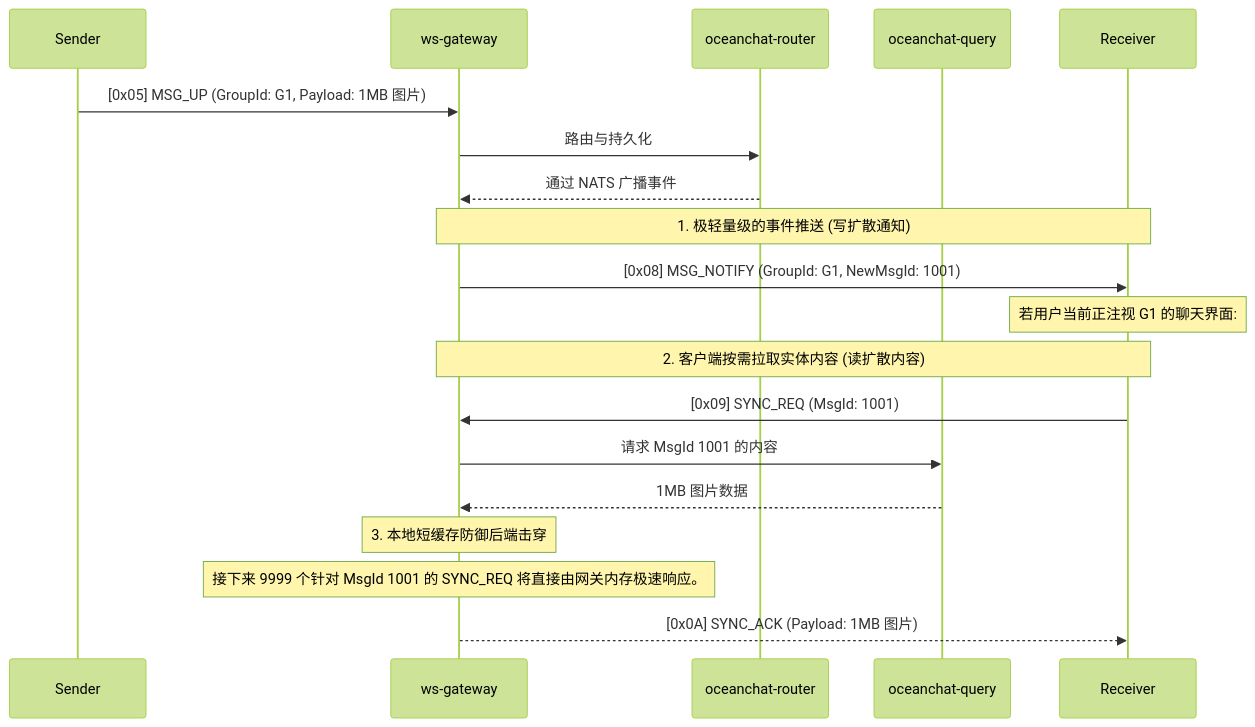
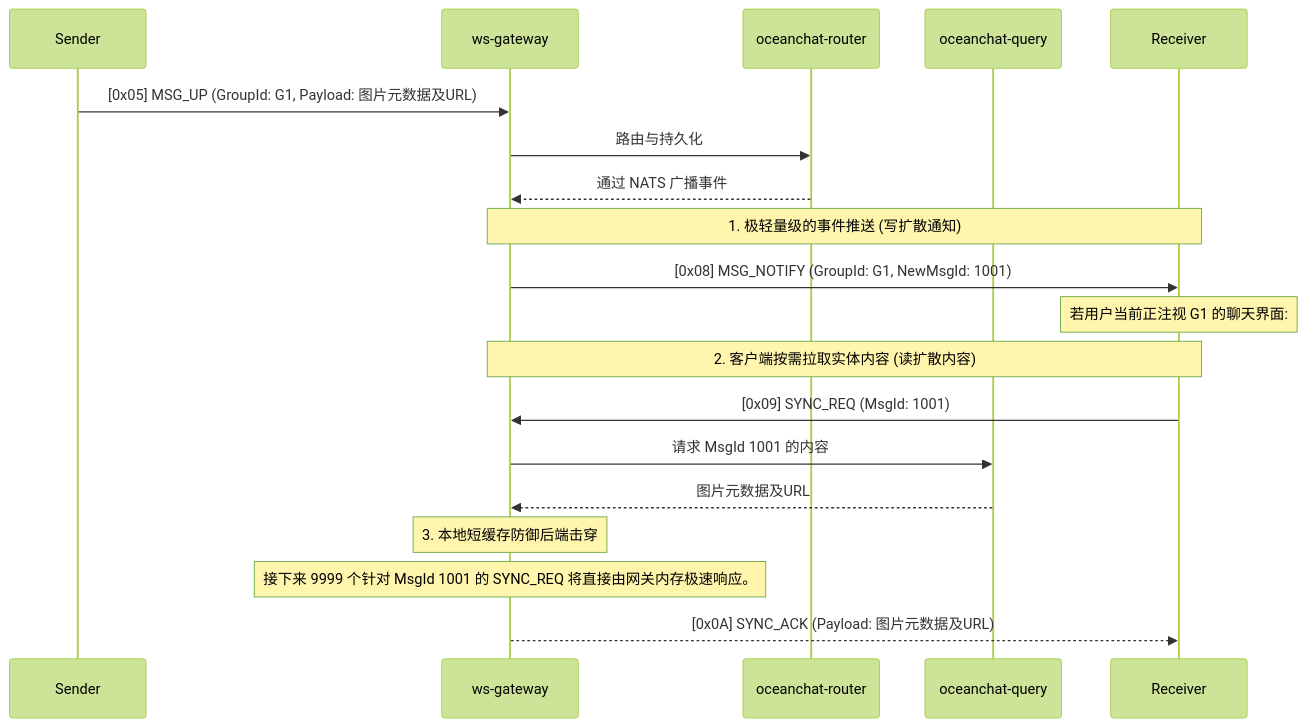
One commit to JamesWilson19970101/ocean.chat.docs changed the third of 5 diagrams in i18n/zh-CN/docusaurus-plugin-content-docs/current/devdocs/monkey-protocol-spec.md. Above: the diagram before and after it, drawn with Mermaid (forest theme). The commit also changed other lines of this file and 1 other file, not shown here.

First line of the commit message:
docs: add rich media architecture to monkey protocol spec

````diff
--- a/i18n/zh-CN/docusaurus-plugin-content-docs/current/devdocs/monkey-protocol-spec.md
+++ b/i18n/zh-CN/docusaurus-plugin-content-docs/current/devdocs/monkey-protocol-spec.md
@@ -163,27 +163,27 @@
 ```mermaid
 sequenceDiagram
     participant Sender
     participant Gateway as ws-gateway
     participant Router as oceanchat-router
     participant Query as oceanchat-query
     participant Receiver
 
-    Sender->>Gateway: [0x05] MSG_UP (GroupId: G1, Payload: 1MB 图片)
+    Sender->>Gateway: [0x05] MSG_UP (GroupId: G1, Payload: 图片元数据及URL)
     Gateway->>Router: 路由与持久化
     Router-->>Gateway: 通过 NATS 广播事件
 
     note over Gateway, Receiver: 1. 极轻量级的事件推送 (写扩散通知)
     Gateway->>Receiver: [0x08] MSG_NOTIFY (GroupId: G1, NewMsgId: 1001)
 
     note over Receiver: 若用户当前正注视 G1 的聊天界面:
     note over Gateway, Receiver: 2. 客户端按需拉取实体内容 (读扩散内容)
     Receiver->>Gateway: [0x09] SYNC_REQ (MsgId: 1001)
 
     Gateway->>Query: 请求 MsgId 1001 的内容
-    Query-->>Gateway: 1MB 图片数据
+    Query-->>Gateway: 图片元数据及URL
 
     note over Gateway: 3. 本地短缓存防御后端击穿
     note over Gateway: 接下来 9999 个针对 MsgId 1001 的 SYNC_REQ 将直接由网关内存极速响应。
 
-    Gateway-->>Receiver: [0x0A] SYNC_ACK (Payload: 1MB 图片)
+    Gateway-->>Receiver: [0x0A] SYNC_ACK (Payload: 图片元数据及URL)
 ```
````
